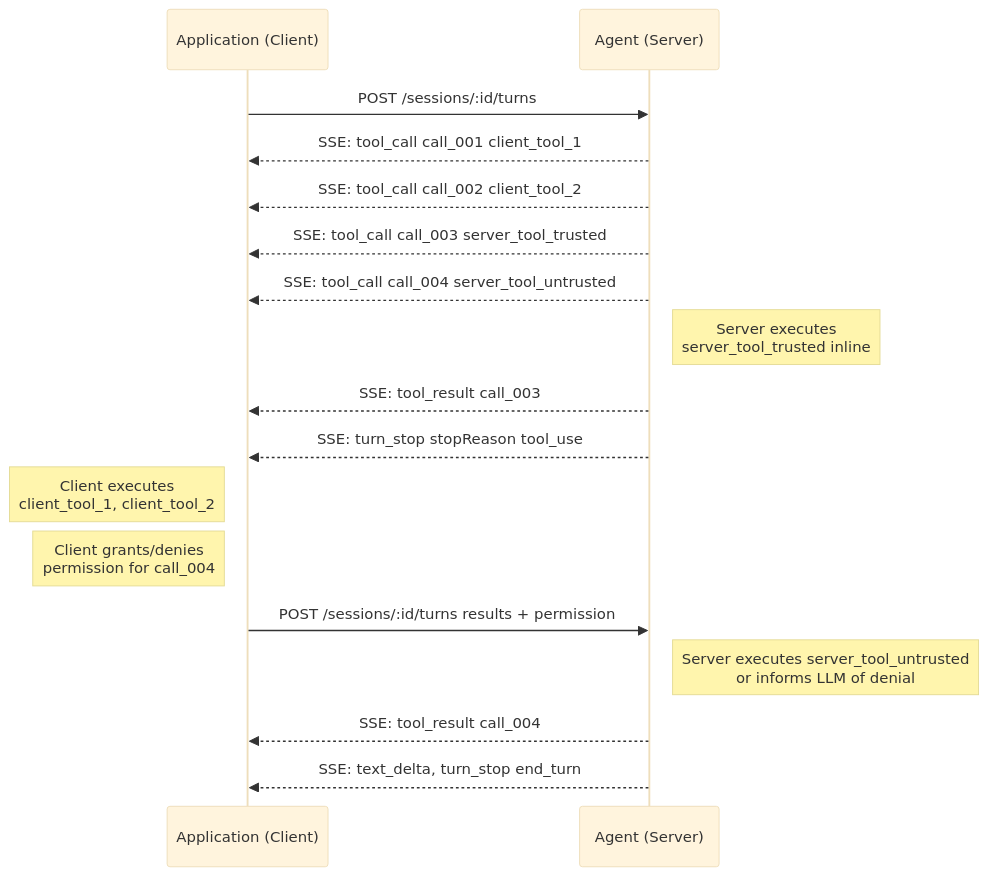
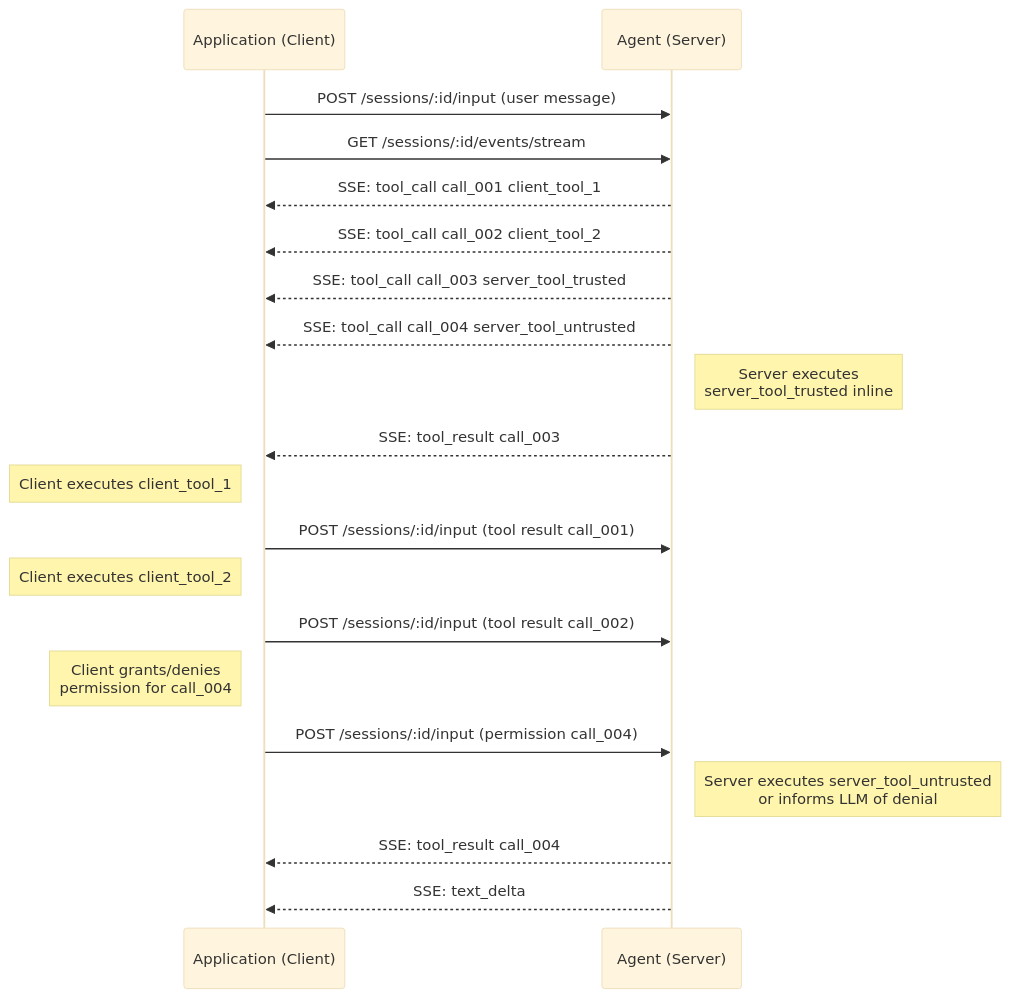
The fourth of 4 diagrams in docs/tool-call.md (agentapplicationprotocol/agent-application-protocol), drawn with Mermaid (base theme) before and after one commit. The commit also changed other lines of this file and 27 other files, not shown here.

````diff
--- a/docs/tool-call.md
+++ b/docs/tool-call.md
@@ -83,20 +84,23 @@
 ```mermaid
 sequenceDiagram
     participant App as Application (Client)
     participant Agent as Agent (Server)
 
-    App->>Agent: POST /sessions/:id/turns
+    App->>Agent: POST /sessions/:id/input (user message)
+    App->>Agent: GET /sessions/:id/events/stream
     Agent-->>App: SSE: tool_call call_001 client_tool_1
     Agent-->>App: SSE: tool_call call_002 client_tool_2
     Agent-->>App: SSE: tool_call call_003 server_tool_trusted
     Agent-->>App: SSE: tool_call call_004 server_tool_untrusted
     Note right of Agent: Server executes<br/>server_tool_trusted inline
     Agent-->>App: SSE: tool_result call_003
-    Agent-->>App: SSE: turn_stop stopReason tool_use
-    Note left of App: Client executes<br/>client_tool_1, client_tool_2
+    Note left of App: Client executes client_tool_1
+    App->>Agent: POST /sessions/:id/input (tool result call_001)
+    Note left of App: Client executes client_tool_2
+    App->>Agent: POST /sessions/:id/input (tool result call_002)
     Note left of App: Client grants/denies<br/>permission for call_004
-    App->>Agent: POST /sessions/:id/turns results + permission
+    App->>Agent: POST /sessions/:id/input (permission call_004)
     Note right of Agent: Server executes server_tool_untrusted<br/>or informs LLM of denial
     Agent-->>App: SSE: tool_result call_004
-    Agent-->>App: SSE: text_delta, turn_stop end_turn
+    Agent-->>App: SSE: text_delta
 ```
````
